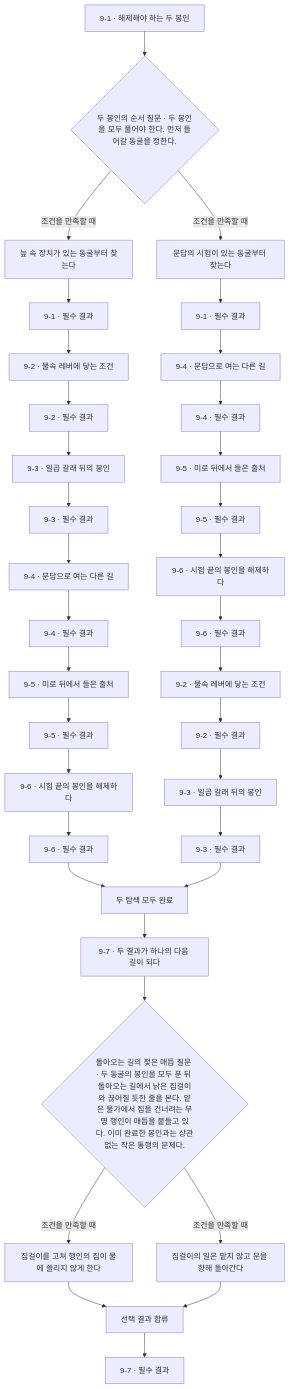
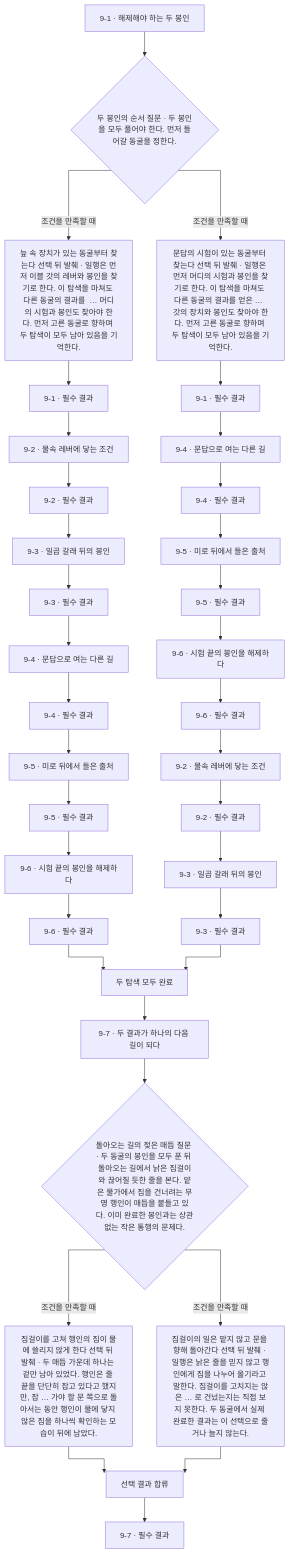
Diagram 11 of 17 in novel/writing/side-stories/generated/flow.md (obmaz/lore), drawn with Mermaid before and after one commit. The commit also changed other lines of this file and 20 other files, not shown here.

Commit message:
Show branch outcomes and route graph memory links orthogonally

````diff
--- a/novel/writing/side-stories/generated/flow.md
+++ b/novel/writing/side-stories/generated/flow.md
@@ -856,70 +866,71 @@
 ```mermaid
+%%{init: {"flowchart": {"curve": "stepAfter"}}}%%
 flowchart TB
   n5a31bcd048cdb49e["9-1 · 해제해야 하는 두 봉인"]
   ned7920098391b842{"두 봉인의 순서 질문 · 두 봉인을 모두 풀어야 한다. 먼저 들어갈 동굴을 정한다."}
   nd6284598b9e1c3c2["두 탐색 모두 완료"]
-  n7189034055f8da23["늪 속 장치가 있는 동굴부터 찾는다"]
+  n7189034055f8da23["늪 속 장치가 있는 동굴부터 찾는다 선택 뒤 발췌 · 일행은 먼저 이블 갓의 레버와 봉인을 찾기로 한다. 이 탐색을 마쳐도 다른 동굴의 결과를  … 머디의 시험과 봉인도 찾아야 한다. 먼저 고른 동굴로 향하며 두 탐색이 모두 남아 있음을 기억한다."]
   n5c6e6ee7cb8651d5["9-1 · 필수 결과"]
   n568b13b0d58b9453["9-2 · 물속 레버에 닿는 조건"]
   n54bc867b522cfd71["9-2 · 필수 결과"]
   naf3cbf7f8823dea3["9-3 · 일곱 갈래 뒤의 봉인"]
   n301813bd38d2d872["9-3 · 필수 결과"]
   n3bb2e86f93a5133c["9-4 · 문답으로 여는 다른 길"]
   na29c6406789185ae["9-4 · 필수 결과"]
   nf9eaffcbe50f8f82["9-5 · 미로 뒤에서 들은 출처"]
   n78e46d87ab69eb5f["9-5 · 필수 결과"]
   n9c9b72ab0ded8ae5["9-6 · 시험 끝의 봉인을 해제하다"]
   nfe03a05dcba17f5b["9-6 · 필수 결과"]
-  n9f6c1675f9b87a31["문답의 시험이 있는 동굴부터 찾는다"]
+  n9f6c1675f9b87a31["문답의 시험이 있는 동굴부터 찾는다 선택 뒤 발췌 · 일행은 먼저 머디의 시험과 봉인을 찾기로 한다. 이 탐색을 마쳐도 다른 동굴의 결과를 얻은 …  갓의 장치와 봉인도 찾아야 한다. 먼저 고른 동굴로 향하며 두 탐색이 모두 남아 있음을 기억한다."]
   nee0c931c4c2de572["9-1 · 필수 결과"]
   nf1921b6624151c72["9-4 · 문답으로 여는 다른 길"]
   n16547d9b365062ac["9-4 · 필수 결과"]
   n5b848d1c684b1483["9-5 · 미로 뒤에서 들은 출처"]
   neba2615549804954["9-5 · 필수 결과"]
   na6c96ad2aef22282["9-6 · 시험 끝의 봉인을 해제하다"]
   nc90d562a8bef4c55["9-6 · 필수 결과"]
   nbc6bb7416a4fce66["9-2 · 물속 레버에 닿는 조건"]
   nab6c80cf2d8efd71["9-2 · 필수 결과"]
   n5c4e9de218435f71["9-3 · 일곱 갈래 뒤의 봉인"]
   nca3799a90ba8aae0["9-3 · 필수 결과"]
   nf42af18a4e8ee019["9-7 · 두 결과가 하나의 다음 길이 되다"]
   n6618316620c40544{"돌아오는 길의 젖은 매듭 질문 · 두 동굴의 봉인을 모두 푼 뒤 돌아오는 길에서 낡은 짐걸이와 끊어질 듯한 줄을 본다. 얕은 물가에서 짐을 건너려는 무명 행인이 매듭을 붙들고 있다. 이미 완료한 봉인과는 상관없는 작은 통행의 문제다."}
   n98002e9d47ae9d21["선택 결과 합류"]
-  n39fd1060df954e14["짐걸이를 고쳐 행인의 짐이 물에 쓸리지 않게 한다"]
-  na3f6a70ecb485376["짐걸이의 일은 맡지 않고 문을 향해 돌아간다"]
+  n39fd1060df954e14["짐걸이를 고쳐 행인의 짐이 물에 쓸리지 않게 한다 선택 뒤 발췌 · 두 매듭 가운데 하나는 겉만 남아 있었다. 행인은 줄 끝을 단단히 잡고 있다고 했지만, 잡 … 가야 할 문 쪽으로 돌아서는 동안 행인이 물에 닿지 않은 짐을 하나씩 확인하는 모습이 뒤에 남았다."]
+  na3f6a70ecb485376["짐걸이의 일은 맡지 않고 문을 향해 돌아간다 선택 뒤 발췌 · 일행은 낡은 줄을 믿지 않고 행인에게 짐을 나누어 옮기라고 말한다. 짐걸이를 고치지는 않은 … 로 건넜는지는 직접 보지 못한다. 두 동굴에서 실제 완료한 결과는 이 선택으로 줄거나 늘지 않는다."]
   n0674e2d386001e0d["9-7 · 필수 결과"]
   n5a31bcd048cdb49e --> ned7920098391b842
   ned7920098391b842 -->|조건을 만족할 때| n7189034055f8da23
   n7189034055f8da23 --> n5c6e6ee7cb8651d5
   n568b13b0d58b9453 --> n54bc867b522cfd71
   n5c6e6ee7cb8651d5 --> n568b13b0d58b9453
   naf3cbf7f8823dea3 --> n301813bd38d2d872
   n54bc867b522cfd71 --> naf3cbf7f8823dea3
   n3bb2e86f93a5133c --> na29c6406789185ae
   n301813bd38d2d872 --> n3bb2e86f93a5133c
   nf9eaffcbe50f8f82 --> n78e46d87ab69eb5f
   na29c6406789185ae --> nf9eaffcbe50f8f82
   n9c9b72ab0ded8ae5 --> nfe03a05dcba17f5b
   n78e46d87ab69eb5f --> n9c9b72ab0ded8ae5
   nfe03a05dcba17f5b --> nd6284598b9e1c3c2
   ned7920098391b842 -->|조건을 만족할 때| n9f6c1675f9b87a31
   n9f6c1675f9b87a31 --> nee0c931c4c2de572
   nf1921b6624151c72 --> n16547d9b365062ac
   nee0c931c4c2de572 --> nf1921b6624151c72
   n5b848d1c684b1483 --> neba2615549804954
   n16547d9b365062ac --> n5b848d1c684b1483
   na6c96ad2aef22282 --> nc90d562a8bef4c55
   neba2615549804954 --> na6c96ad2aef22282
   nbc6bb7416a4fce66 --> nab6c80cf2d8efd71
   nc90d562a8bef4c55 --> nbc6bb7416a4fce66
   n5c4e9de218435f71 --> nca3799a90ba8aae0
   nab6c80cf2d8efd71 --> n5c4e9de218435f71
   nca3799a90ba8aae0 --> nd6284598b9e1c3c2
   nf42af18a4e8ee019 --> n6618316620c40544
   n6618316620c40544 -->|조건을 만족할 때| n39fd1060df954e14
   n39fd1060df954e14 --> n98002e9d47ae9d21
   n6618316620c40544 -->|조건을 만족할 때| na3f6a70ecb485376
   na3f6a70ecb485376 --> n98002e9d47ae9d21
   n98002e9d47ae9d21 --> n0674e2d386001e0d
   nd6284598b9e1c3c2 --> nf42af18a4e8ee019
 ```
````
